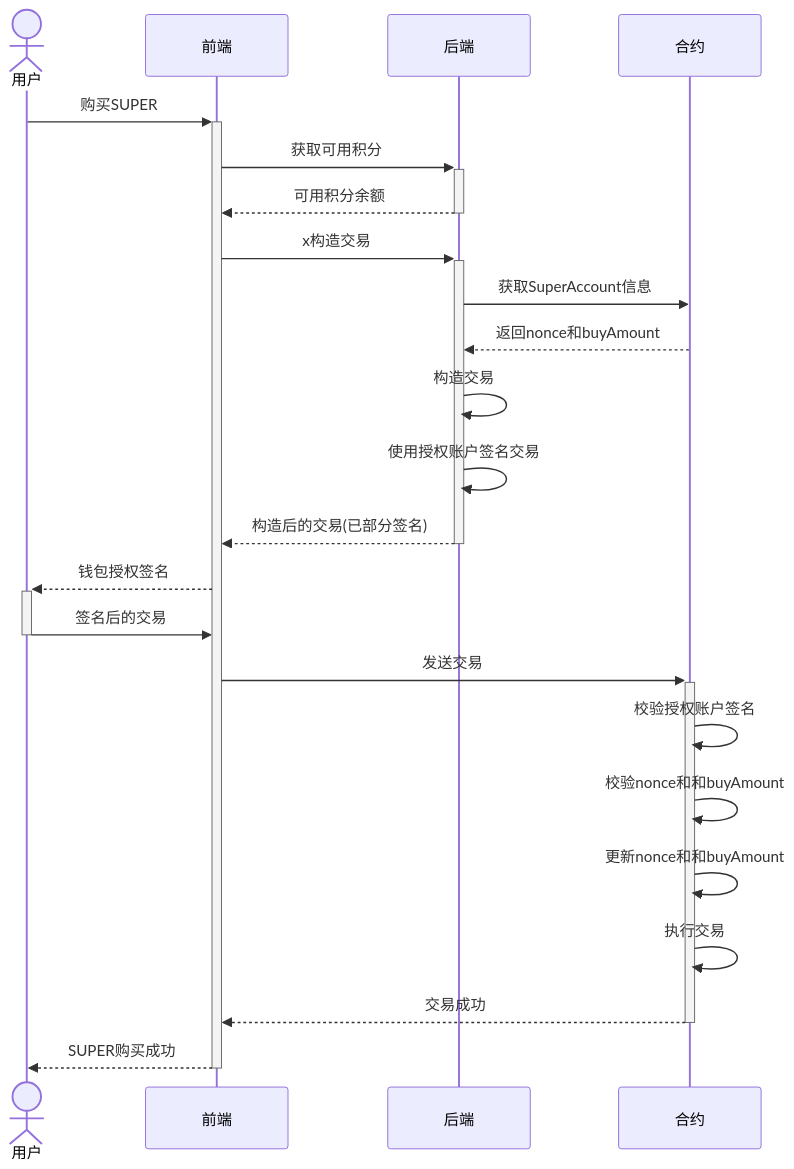
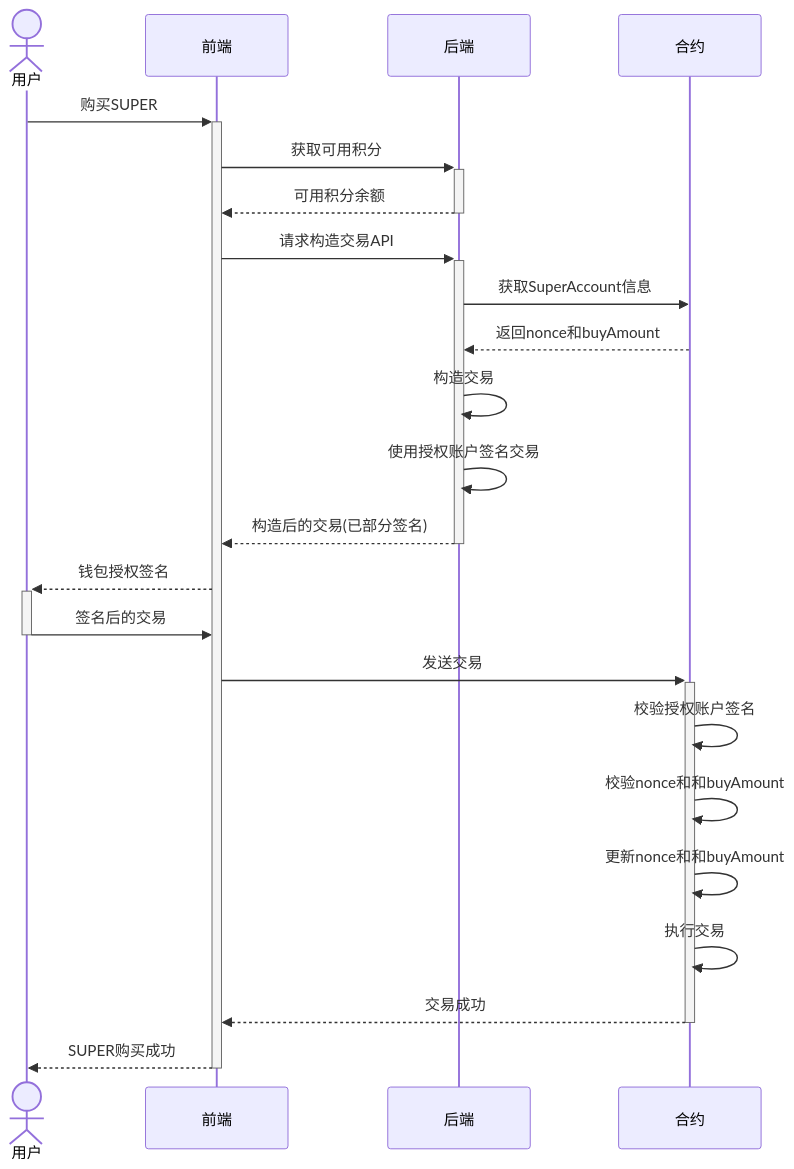
One commit to youngqqcn/super-exchange-analyze changed the diagram in README.md. Above: the diagram before and after it, drawn with Mermaid.

````diff
--- a/README.md
+++ b/README.md
@@ -14,28 +14,28 @@
 ```mermaid
 sequenceDiagram
     actor 用户
     participant 前端
     participant 后端
     participant 合约
     用户->>+前端: 购买SUPER
     前端->>+后端: 获取可用积分
     后端-->>-前端: 可用积分余额
-    前端->>+后端: x构造交易
+    前端->>+后端: 请求构造交易API
     后端->>合约: 获取SuperAccount信息
     合约-->>后端: 返回nonce和buyAmount
     后端->>后端: 构造交易
     后端->>后端: 使用授权账户签名交易
 
     后端-->>-前端: 构造后的交易(已部分签名)
     前端-->>+用户: 钱包授权签名
     用户->>-前端: 签名后的交易
     前端->>+合约: 发送交易
     合约->>合约: 校验授权账户签名
     合约->>合约: 校验nonce和和buyAmount
     合约->>合约: 更新nonce和和buyAmount
     合约->>合约: 执行交易
     合约-->>-前端: 交易成功
     前端-->>-用户: SUPER购买成功
 
 
 ```
````
